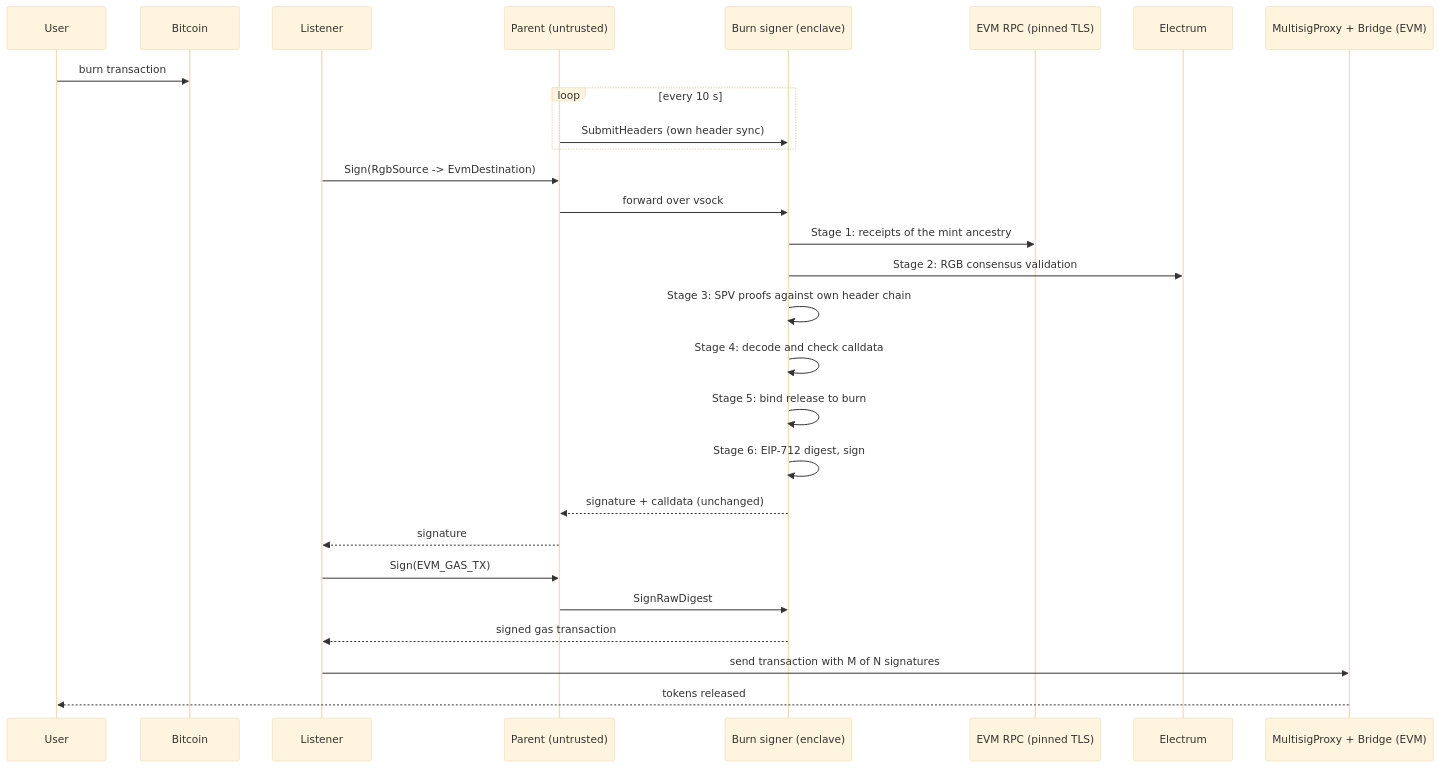
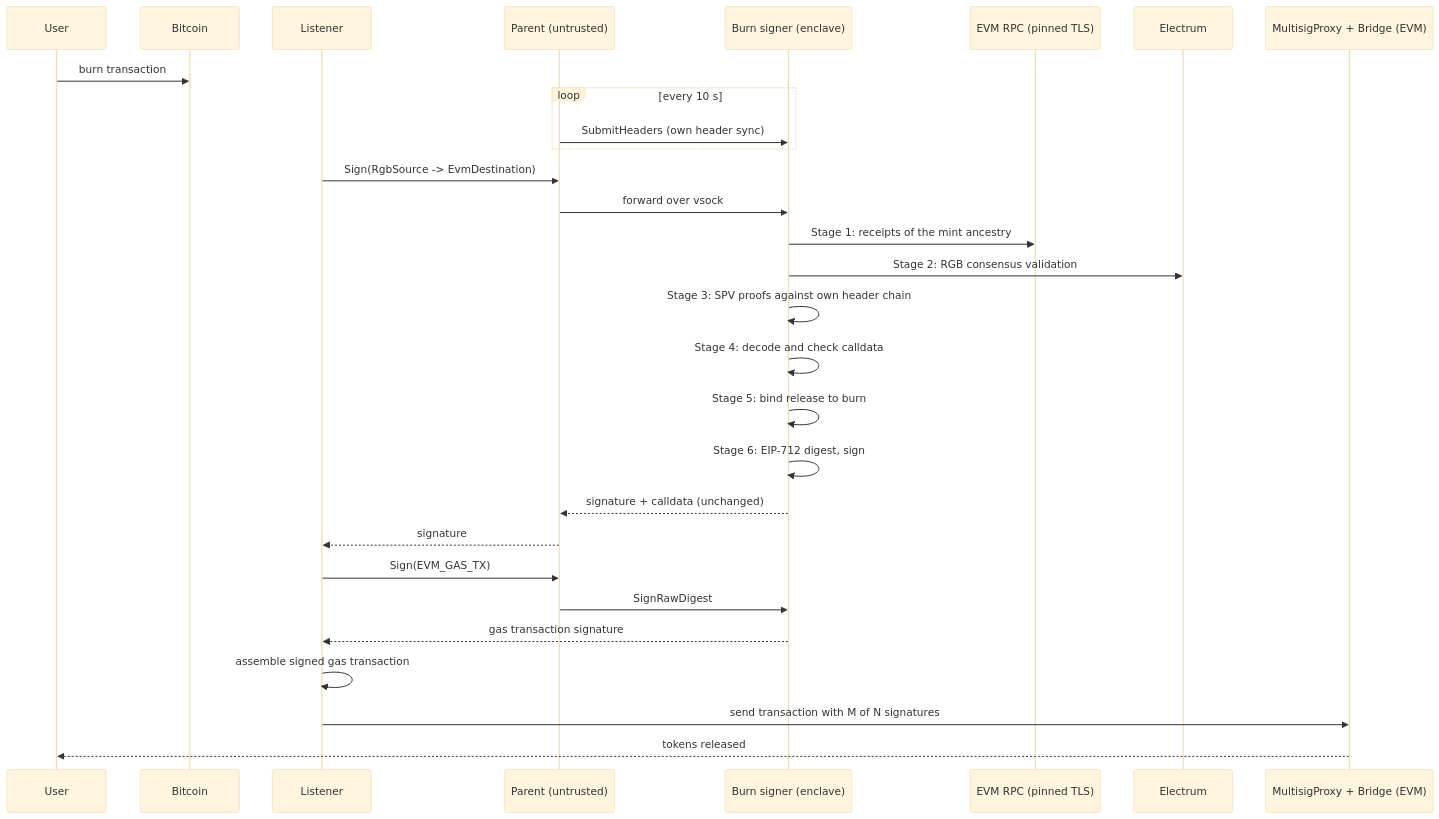
One commit to UTEXO-Protocol/enclave-signer changed the diagram in docs/burn-flow.md. Above: the diagram before and after it, drawn with Mermaid (base theme). The commit also changed other lines of this file and 41 other files, not shown here.

````diff
--- a/docs/burn-flow.md
+++ b/docs/burn-flow.md
@@ -39,31 +44,32 @@
 ```mermaid
 sequenceDiagram
     participant U as User
     participant BT as Bitcoin
     participant L as Listener
     participant P as Parent (untrusted)
     participant E as Burn signer (enclave)
     participant R as EVM RPC (pinned TLS)
     participant X as Electrum
     participant C as MultisigProxy + Bridge (EVM)
 
     U->>BT: burn transaction
     loop every 10 s
         P->>E: SubmitHeaders (own header sync)
     end
     L->>P: Sign(RgbSource -> EvmDestination)
     P->>E: forward over vsock
     E->>R: Stage 1: receipts of the mint ancestry
     E->>X: Stage 2: RGB consensus validation
     E->>E: Stage 3: SPV proofs against own header chain
     E->>E: Stage 4: decode and check calldata
     E->>E: Stage 5: bind release to burn
     E->>E: Stage 6: EIP-712 digest, sign
     E-->>P: signature + calldata (unchanged)
     P-->>L: signature
     L->>P: Sign(EVM_GAS_TX)
     P->>E: SignRawDigest
-    E-->>L: signed gas transaction
+    E-->>L: gas transaction signature
+    L->>L: assemble signed gas transaction
     L->>C: send transaction with M of N signatures
     C-->>U: tokens released
 ```
````
